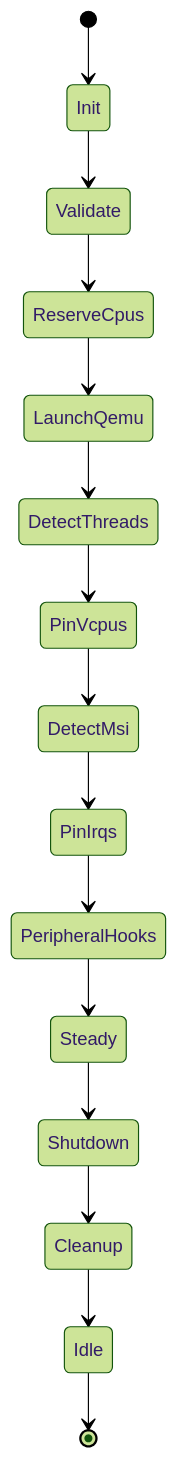
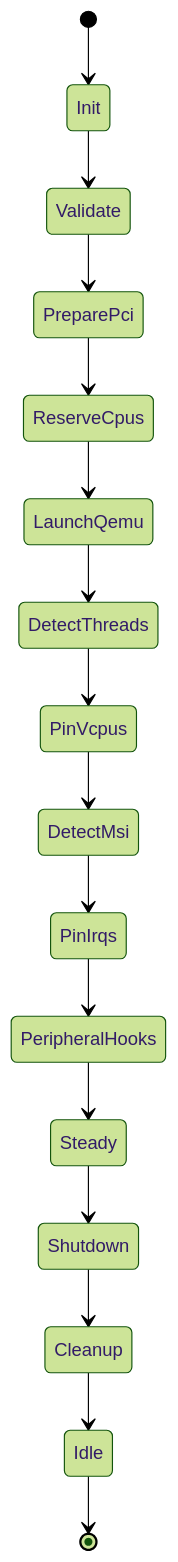
The second of 8 diagrams in CHALYBS_EXECUTION_AND_ARCHITECTURE.md (deprecated-dot/chalybs), drawn with Mermaid (forest theme) before and after one commit. The commit also changed other lines of this file and 10 other files, not shown here.

````diff
--- a/CHALYBS_EXECUTION_AND_ARCHITECTURE.md
+++ b/CHALYBS_EXECUTION_AND_ARCHITECTURE.md
@@ -69,18 +73,19 @@
 ```mermaid
 stateDiagram-v2
     [*] --> Init
     Init --> Validate
-    Validate --> ReserveCpus
+    Validate --> PreparePci
+    PreparePci --> ReserveCpus
     ReserveCpus --> LaunchQemu
     LaunchQemu --> DetectThreads
     DetectThreads --> PinVcpus
     PinVcpus --> DetectMsi
     DetectMsi --> PinIrqs
     PinIrqs --> PeripheralHooks
     PeripheralHooks --> Steady
 
     Steady --> Shutdown
     Shutdown --> Cleanup
     Cleanup --> Idle
     Idle --> [*]
 ```
````
